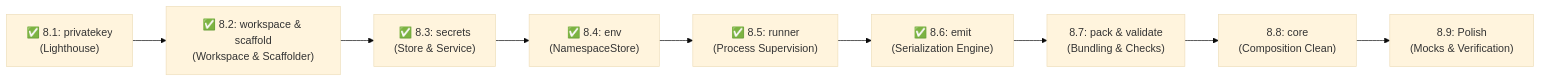
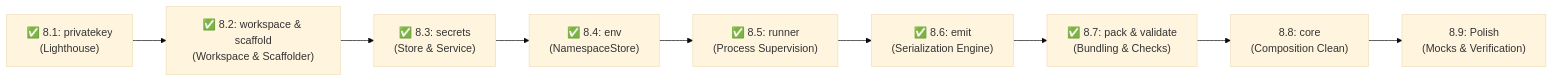
One commit to go-envx/envx changed the second of 2 diagrams in .plans/20260924-di-refactor.md. Above: the diagram before and after it, drawn with Mermaid (base theme). The commit also changed other lines of this file and 40 other files, not shown here.

Commit message:
setup pack and validate

````diff
--- a/.plans/20260924-di-refactor.md
+++ b/.plans/20260924-di-refactor.md
@@ -1154,11 +1154,11 @@
 ```mermaid
 flowchart LR
     Sub81["✅ 8.1: privatekey<br/>(Lighthouse)"] --> Sub82["✅ 8.2: workspace & scaffold<br/>(Workspace & Scaffolder)"]
     Sub82 --> Sub83["✅ 8.3: secrets<br/>(Store & Service)"]
     Sub83 --> Sub84["✅ 8.4: env<br/>(NamespaceStore)"]
     Sub84 --> Sub85["✅ 8.5: runner<br/>(Process Supervision)"]
     Sub85 --> Sub86["✅ 8.6: emit<br/>(Serialization Engine)"]
-    Sub86 --> Sub87["8.7: pack & validate<br/>(Bundling & Checks)"]
+    Sub86 --> Sub87["✅ 8.7: pack & validate<br/>(Bundling & Checks)"]
     Sub87 --> Sub88["8.8: core<br/>(Composition Clean)"]
     Sub88 --> Sub89["8.9: Polish<br/>(Mocks & Verification)"]
 ```
````
